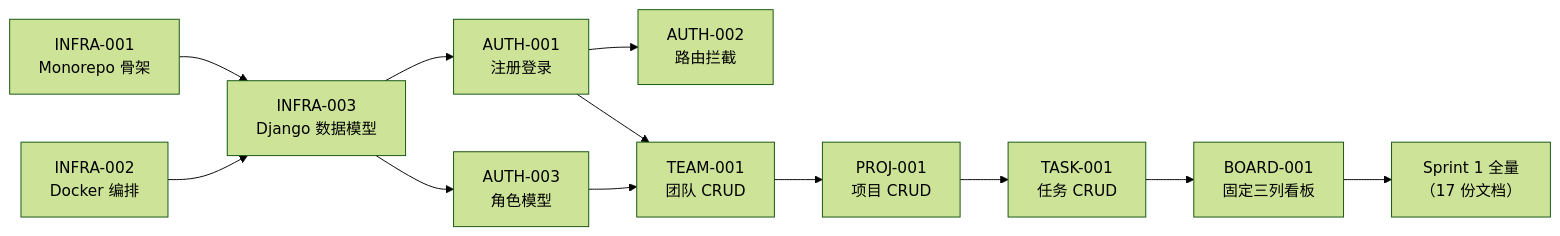
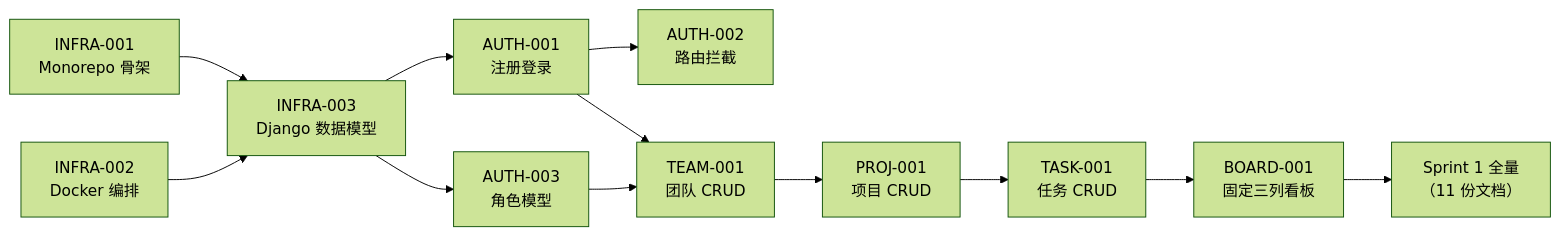
One commit to RabbitAI-Lab/RabbitProjects changed the first of 2 diagrams in docs/sprint-0-poc/sprint-overview.md. Above: the diagram before and after it, drawn with Mermaid (forest theme). The commit also changed other lines of this file and 86 other files, not shown here.

````diff
--- a/docs/sprint-0-poc/sprint-overview.md
+++ b/docs/sprint-0-poc/sprint-overview.md
@@ -170,14 +170,14 @@
 ```mermaid
 graph LR
     I1["INFRA-001<br/>Monorepo 骨架"] --> I3["INFRA-003<br/>Django 数据模型"]
     I2["INFRA-002<br/>Docker 编排"] --> I3
     I3 --> A1["AUTH-001<br/>注册登录"]
     I3 --> A3["AUTH-003<br/>角色模型"]
     A1 --> A2["AUTH-002<br/>路由拦截"]
     A1 --> T1["TEAM-001<br/>团队 CRUD"]
     A3 --> T1
     T1 --> P1["PROJ-001<br/>项目 CRUD"]
     P1 --> K1["TASK-001<br/>任务 CRUD"]
     K1 --> B1["BOARD-001<br/>固定三列看板"]
-    B1 --> S1["Sprint 1 全量<br/>（17 份文档）"]
+    B1 --> S1["Sprint 1 全量<br/>（11 份文档）"]
 ```
````
